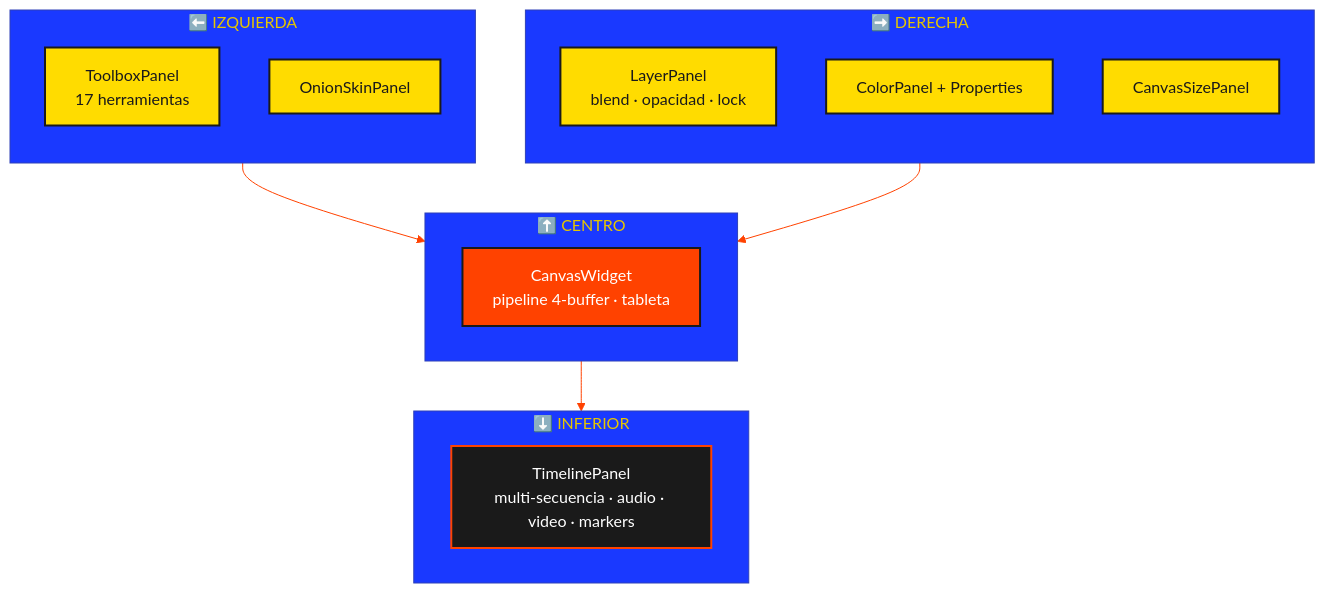
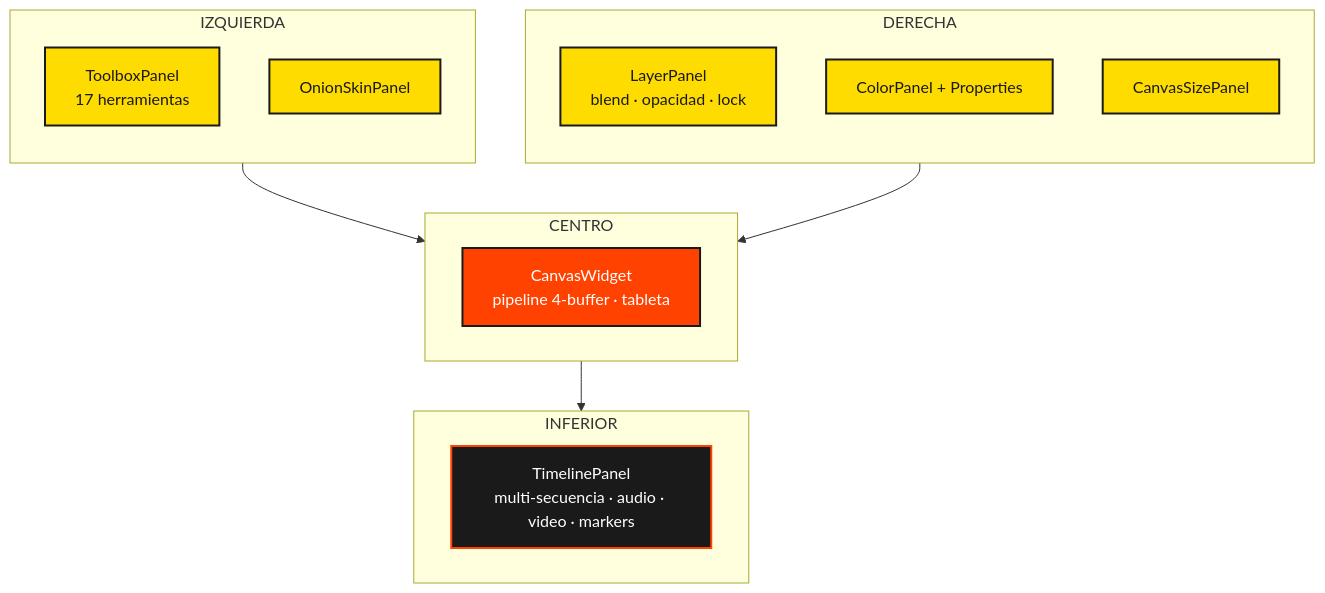
Before and after one commit to freeanimationpower/FreeAnimationPower: the third of 3 diagrams in README.md, drawn with Mermaid. The commit also changed other lines of this file, not shown here.

Commit message:
Fix mermaid syntax for GitHub renderer

````diff
--- a/README.md
+++ b/README.md
@@ -275,31 +273,30 @@
 ```mermaid
 flowchart TB
-%%{init: {'theme': 'base', 'themeVariables': {'primaryColor': '#ffdc00', 'primaryBorderColor': '#1a1a1a', 'primaryTextColor': '#1a1a1a', 'lineColor': '#ff4200', 'fontFamily': 'Segoe UI'}}}%%
     classDef ui fill:#ffdc00,stroke:#1a1a1a,color:#1a1a1a,stroke-width:2px;
     classDef engine fill:#ff4200,stroke:#1a1a1a,color:#ffffff,stroke-width:2px;
     classDef data fill:#1a1a1a,stroke:#ff4200,color:#ffffff,stroke-width:2px;
-    classDef ext fill:#ffffff,stroke:#1a1a1a,color:#1a1a1a,stroke-width:2px,stroke-dasharray:6 3;
-        subgraph LEFT["⬅️ IZQUIERDA"]
+    classDef ext fill:#ffffff,stroke:#1a1a1a,color:#1a1a1a,stroke-width:2px;
+        subgraph LEFT["IZQUIERDA"]
             direction TB
             TL["ToolboxPanel<br/>17 herramientas"]
             OS["OnionSkinPanel"]
         end
-        subgraph CENTER["⬆️ CENTRO"]
+        subgraph CENTER["CENTRO"]
             CV["CanvasWidget<br/>pipeline 4-buffer · tableta"]
         end
-        subgraph RIGHT["➡️ DERECHA"]
+        subgraph RIGHT["DERECHA"]
             direction TB
             LY["LayerPanel<br/>blend · opacidad · lock"]
             CL["ColorPanel + Properties"]
             CS["CanvasSizePanel"]
         end
-        subgraph BOTTOM["⬇️ INFERIOR"]
+        subgraph BOTTOM["INFERIOR"]
             TM["TimelinePanel<br/>multi-secuencia · audio · video · markers"]
         end
         LEFT --> CENTER
         RIGHT --> CENTER
         CENTER --> BOTTOM
         class TL,OS,LY,CL,CS ui
         class CV engine
         class TM data
 ```
````
